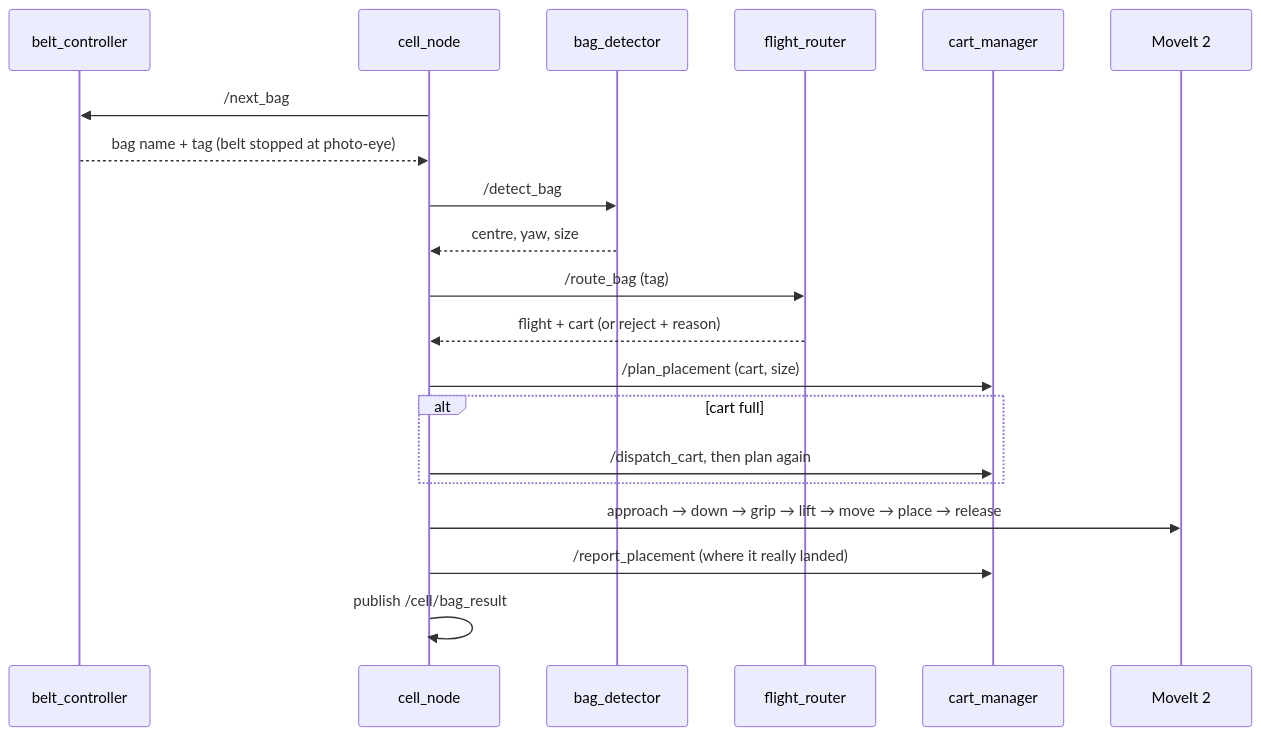
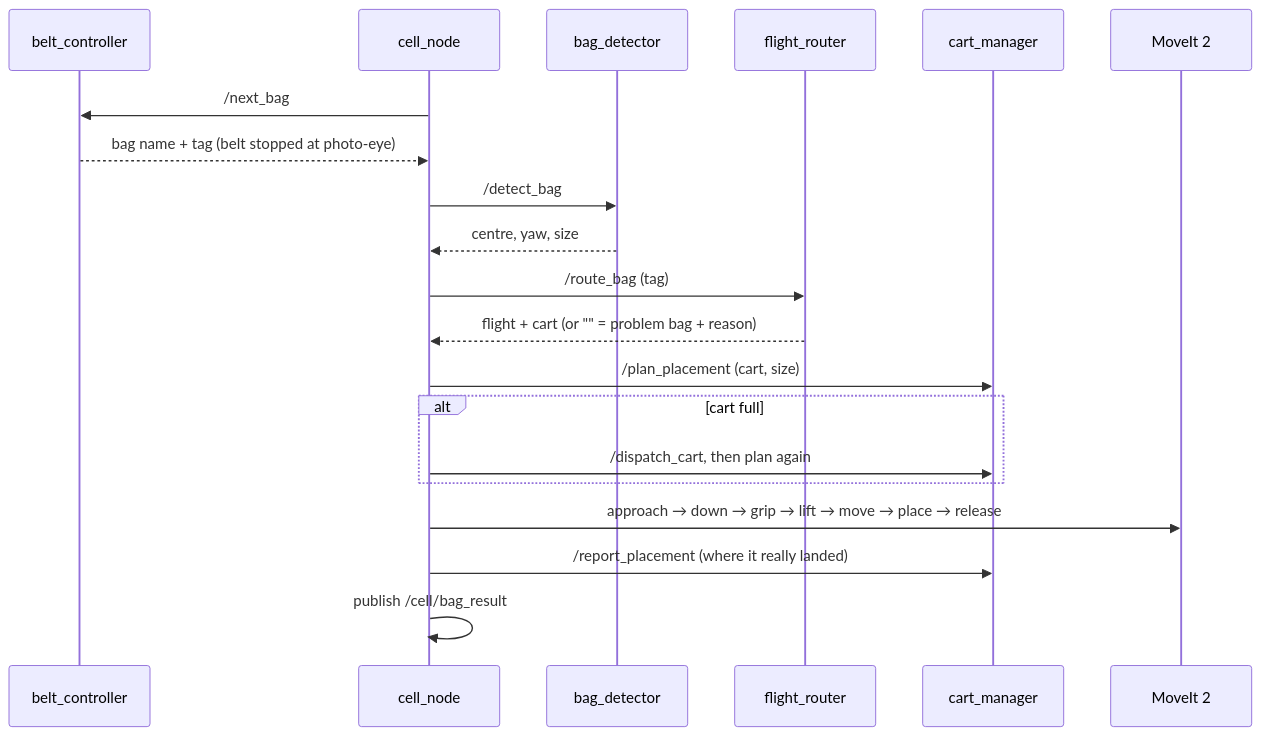
One commit to chaabanejasser01/ros2-baggage-makeup-cell changed the second of 2 diagrams in README.md. Above: the diagram before and after it, drawn with Mermaid. The commit also changed other lines of this file and 27 other files, not shown here.

````diff
--- a/README.md
+++ b/README.md
@@ -126,23 +141,23 @@
 ```mermaid
 sequenceDiagram
     participant B as belt_controller
     participant C as cell_node
     participant D as bag_detector
     participant R as flight_router
     participant K as cart_manager
     participant M as MoveIt 2
 
     C->>B: /next_bag
     B-->>C: bag name + tag (belt stopped at photo-eye)
     C->>D: /detect_bag
     D-->>C: centre, yaw, size
     C->>R: /route_bag (tag)
-    R-->>C: flight + cart (or reject + reason)
+    R-->>C: flight + cart (or "" = problem bag + reason)
     C->>K: /plan_placement (cart, size)
     alt cart full
         C->>K: /dispatch_cart, then plan again
     end
     C->>M: approach → down → grip → lift → move → place → release
     C->>K: /report_placement (where it really landed)
     C->>C: publish /cell/bag_result
 ```
````
